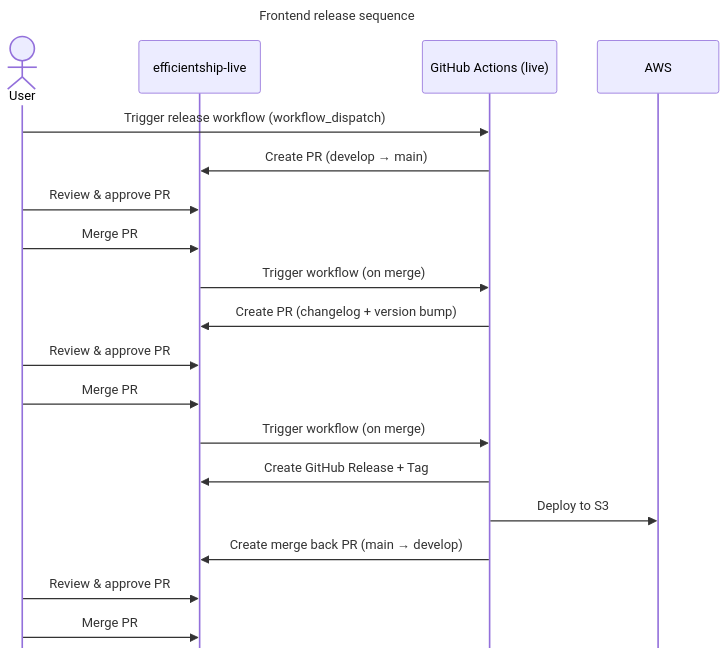
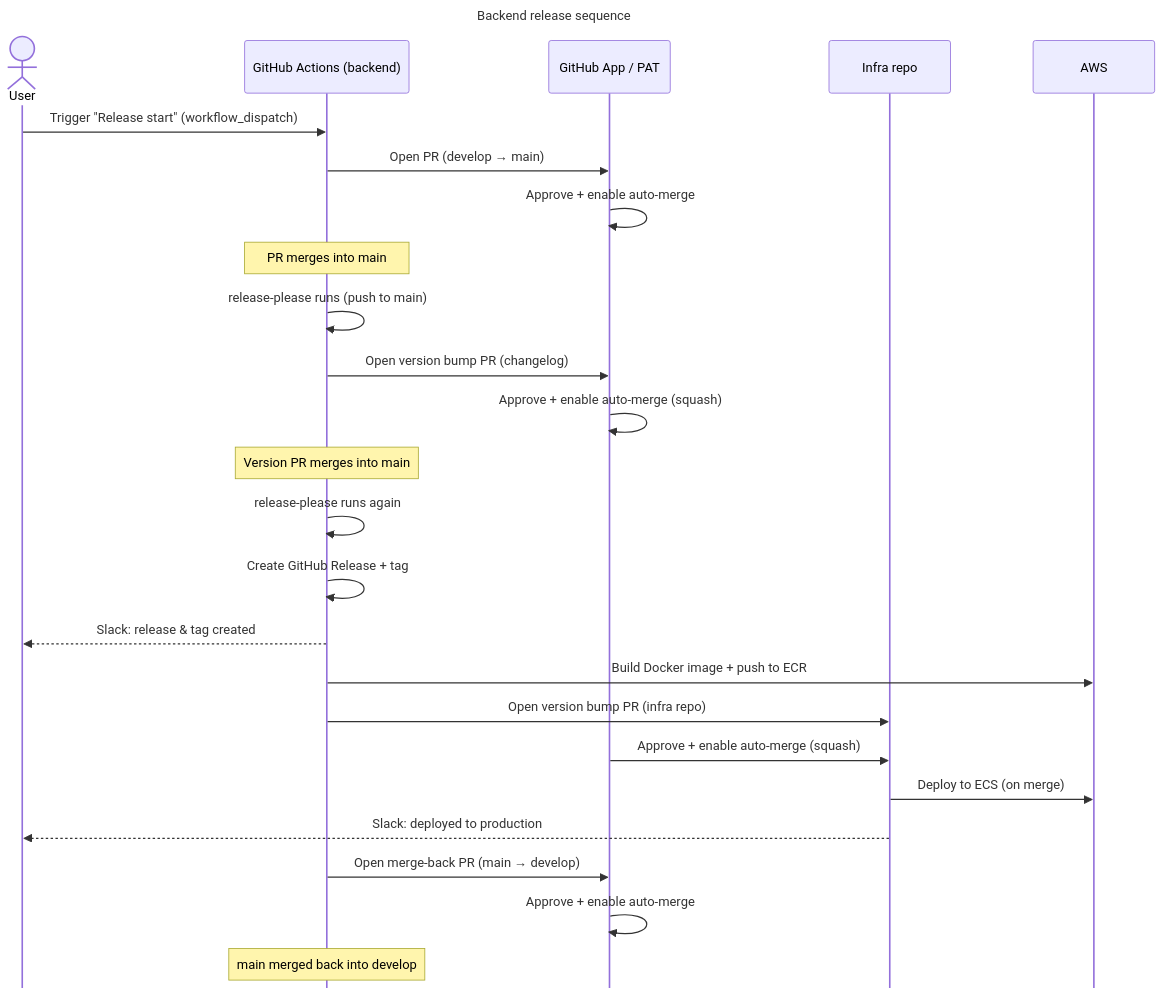
The first of 4 diagrams in README.md (dev-seb/github-action-test-backend), drawn with Mermaid before and after one commit. The commit also changed other lines of this file, not shown here.

````diff
--- a/README.md
+++ b/README.md
@@ -17,40 +36,44 @@
 ```mermaid
 ---
-title: Frontend release sequence
+title: Backend release sequence
 config:
   mirrorActors: false
 ---
 sequenceDiagram
     actor User
-    participant Live as efficientship-live
-    participant GA_Live as GitHub Actions (live)
+    participant GHA as GitHub Actions (backend)
+    participant Bot as GitHub App / PAT
+    participant Infra as Infra repo
     participant AWS
 
-    %% Start release
-    User->>GA_Live: Trigger release workflow (workflow_dispatch)
-    GA_Live->>Live: Create PR (develop → main)
+    %% Start release (only manual step)
+    User->>GHA: Trigger "Release start" (workflow_dispatch)
+    GHA->>Bot: Open PR (develop → main)
 
-    %% First PR
-    User->>Live: Review & approve PR
-    User->>Live: Merge PR
+    %% Auto-merge into main
+    Bot->>Bot: Approve + enable auto-merge
+    Note over GHA: PR merges into main
 
-    %% Versioning PR
-    Live->>GA_Live: Trigger workflow (on merge)
-    GA_Live->>Live: Create PR (changelog + version bump)
+    %% Version bump PR (release-please)
+    GHA->>GHA: release-please runs (push to main)
+    GHA->>Bot: Open version bump PR (changelog)
+    Bot->>Bot: Approve + enable auto-merge (squash)
+    Note over GHA: Version PR merges into main
 
-    User->>Live: Review & approve PR
-    User->>Live: Merge PR
+    %% Release + tag
+    GHA->>GHA: release-please runs again
+    GHA->>GHA: Create GitHub Release + tag
+    GHA-->>User: Slack: release & tag created
 
-    %% Release
-    Live->>GA_Live: Trigger workflow (on merge)
-    GA_Live->>Live: Create GitHub Release + Tag
+    %% Build & deploy via infra
+    GHA->>AWS: Build Docker image + push to ECR
+    GHA->>Infra: Open version bump PR (infra repo)
+    Bot->>Infra: Approve + enable auto-merge (squash)
+    Infra->>AWS: Deploy to ECS (on merge)
+    Infra-->>User: Slack: deployed to production
 
-    %% Build & deploy
-    GA_Live->>AWS: Deploy to S3
-
-    %% Merge back PR
-    GA_Live->>Live: Create merge back PR (main → develop)
-
-    User->>Live: Review & approve PR
-    User->>Live: Merge PR
+    %% Merge back
+    GHA->>Bot: Open merge-back PR (main → develop)
+    Bot->>Bot: Approve + enable auto-merge
+    Note over GHA: main merged back into develop
 ```
````
